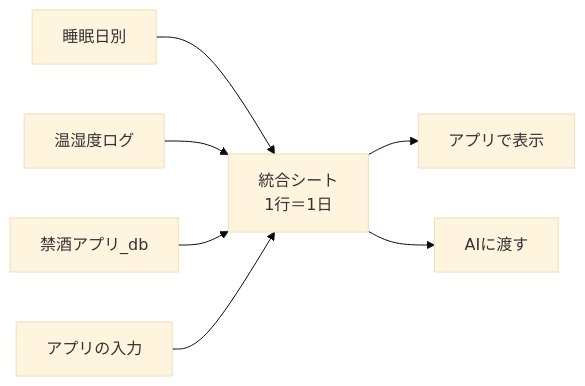
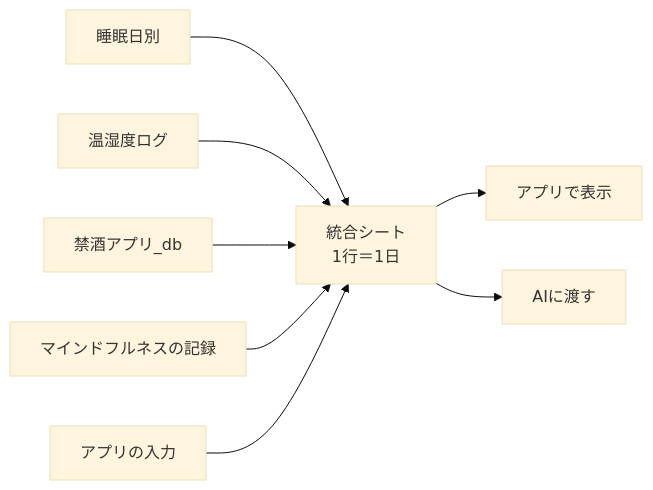
One commit to mitsu545/-sleep-app changed the diagram in README.md. Above: the diagram before and after it, drawn with Mermaid (base theme). The commit also changed other lines of this file and 5 other files, not shown here.

````diff
--- a/README.md
+++ b/README.md
@@ -17,9 +18,10 @@
 ```mermaid
 flowchart LR
     A[睡眠日別] --> D[統合シート<br>1行＝1日]
     B[温湿度ログ] --> D
     C[禁酒アプリ_db] --> D
+    M[マインドフルネスの記録] --> D
     E[アプリの入力] --> D
     D --> F[アプリで表示]
     D --> G[AIに渡す]
 ```
````
